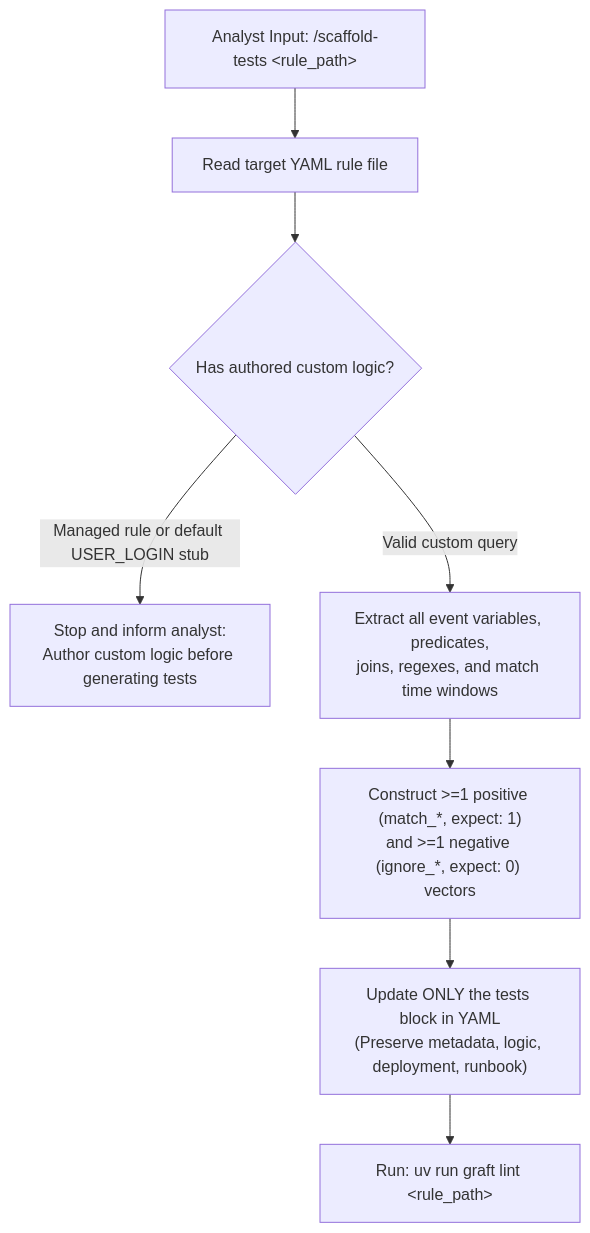
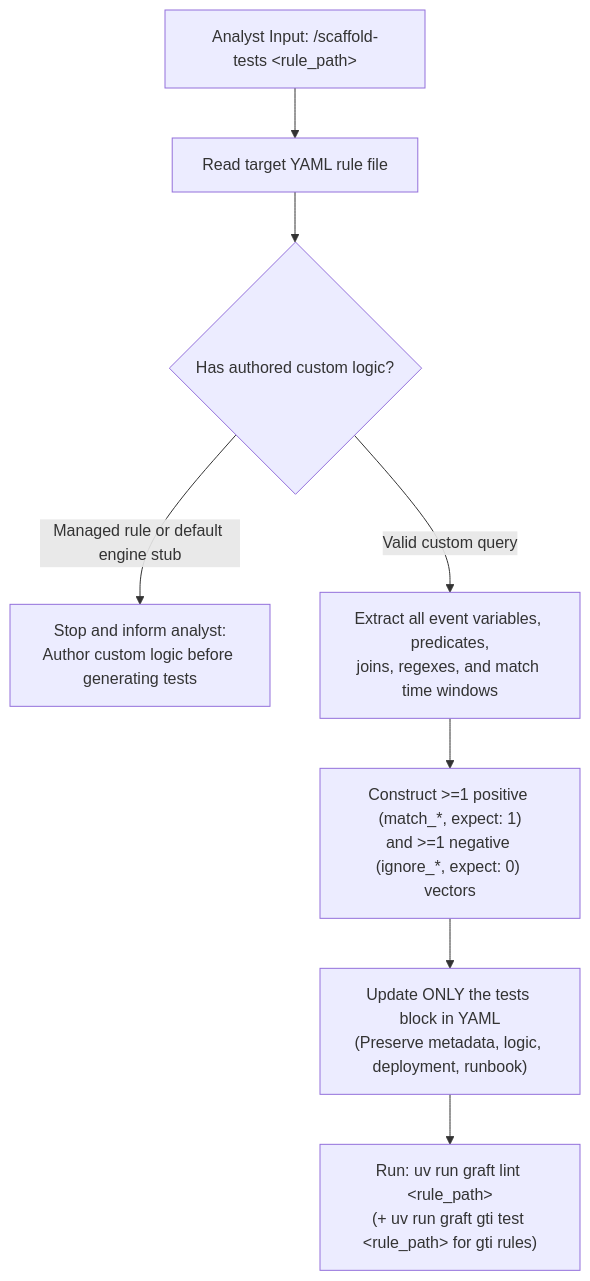
One commit to lopes/graft changed the diagram in .agents/skills/scaffold-tests/SKILL.md. Above: the diagram before and after it, drawn with Mermaid. The commit also changed other lines of this file and 8 other files, not shown here.

Commit message:
docs,skills: position graft for google security with equal secops and gti coverage (#60)

````diff
--- a/.agents/skills/scaffold-tests/SKILL.md
+++ b/.agents/skills/scaffold-tests/SKILL.md
@@ -24,10 +26,10 @@
 ```mermaid
 flowchart TD
     IN["Analyst Input: /scaffold-tests &lt;rule_path&gt;"] --> READ["Read target YAML rule file"]
     READ --> GUARD{"Has authored custom logic?"}
-    GUARD -->|"Managed rule or default USER_LOGIN stub"| ABORT["Stop and inform analyst:<br/>Author custom logic before generating tests"]
+    GUARD -->|"Managed rule or default engine stub"| ABORT["Stop and inform analyst:<br/>Author custom logic before generating tests"]
     GUARD -->|"Valid custom query"| PARSE["Extract all event variables, predicates,<br/>joins, regexes, and match time windows"]
     PARSE --> GEN["Construct &gt;=1 positive (match_*, expect: 1)<br/>and &gt;=1 negative (ignore_*, expect: 0) vectors"]
     GEN --> WRITE["Update ONLY the tests block in YAML<br/>(Preserve metadata, logic, deployment, runbook)"]
-    WRITE --> LINT["Run: uv run graft lint &lt;rule_path&gt;"]
+    WRITE --> LINT["Run: uv run graft lint &lt;rule_path&gt;<br/>(+ uv run graft gti test &lt;rule_path&gt; for gti rules)"]
 ```
````
